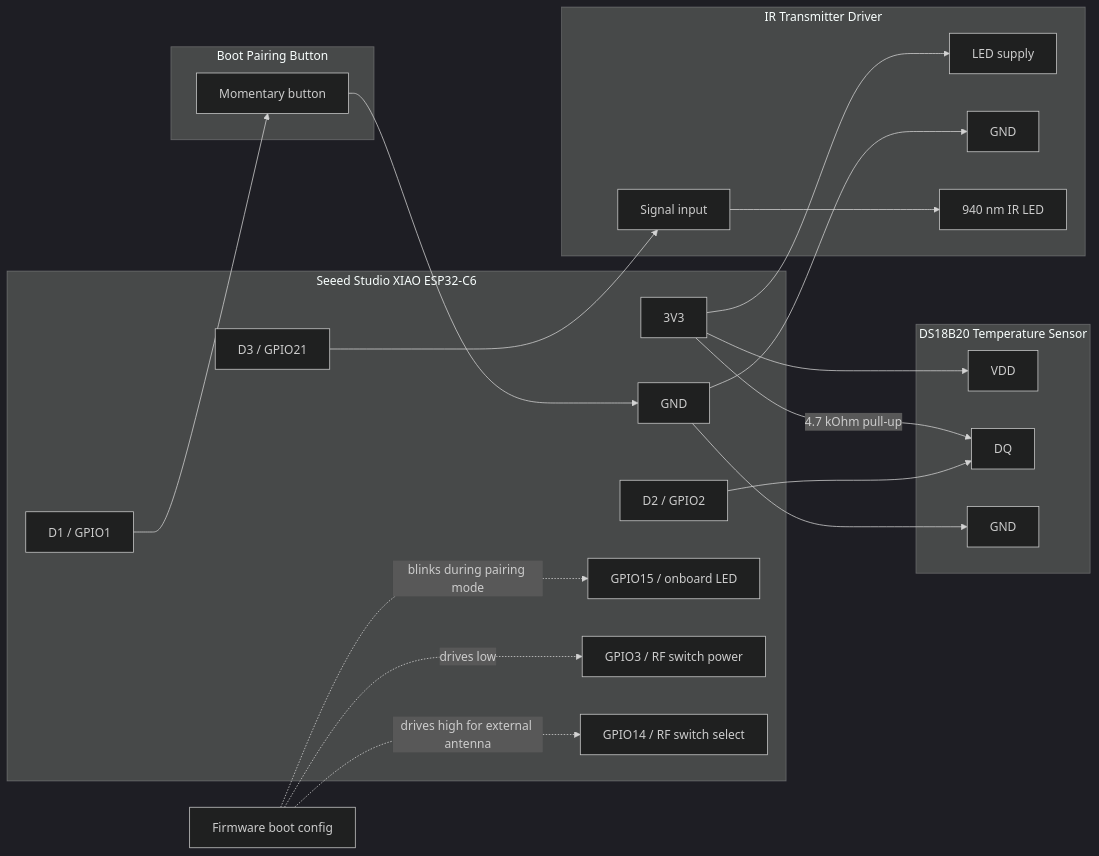
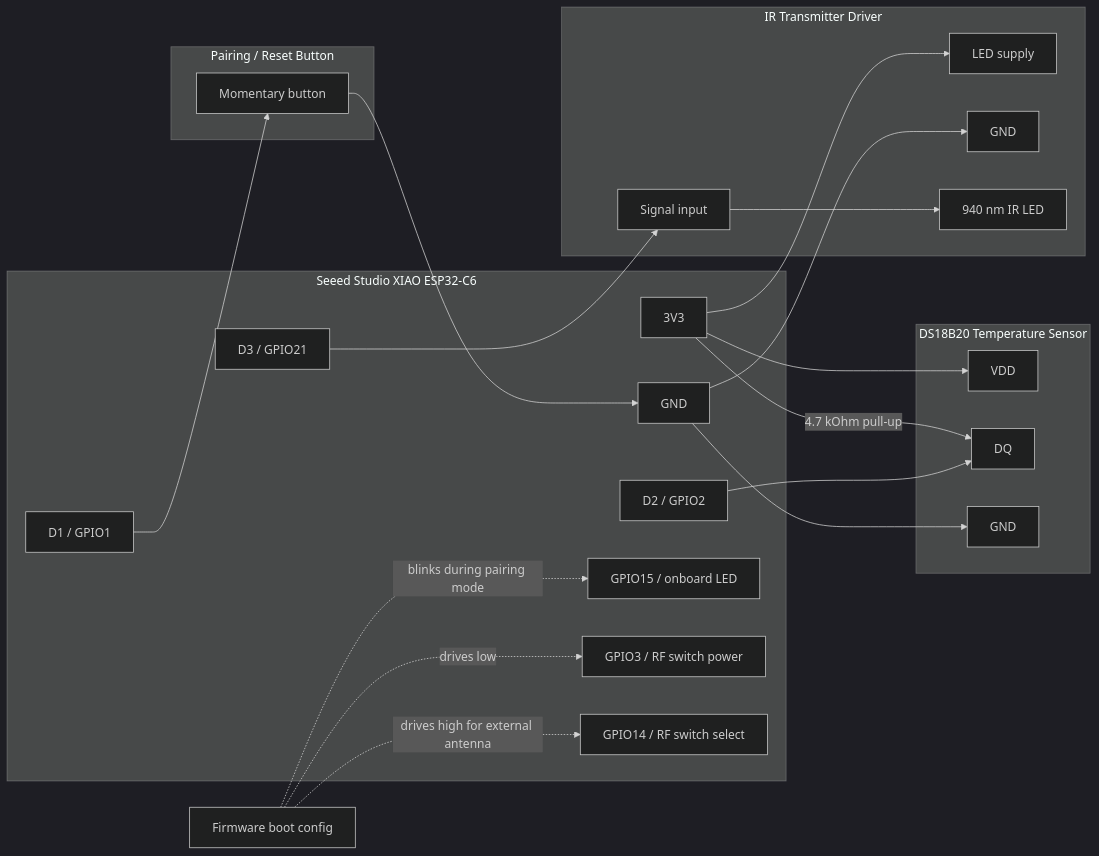
Before and after one commit to EpKouhia/strome-ir-matter: the diagram in README.md, drawn with Mermaid (dark theme). The commit also changed other lines of this file and 1 other file, not shown here.

First line of the commit message:
Document pairing reset button

````diff
--- a/README.md
+++ b/README.md
@@ -30,48 +30,48 @@
 ```mermaid
 flowchart LR
     subgraph XIAO["Seeed Studio XIAO ESP32-C6"]
         V3V3["3V3"]
         GND["GND"]
         D1["D1 / GPIO1"]
         D2["D2 / GPIO2"]
         D3["D3 / GPIO21"]
         LED["GPIO15 / onboard LED"]
         RFEN["GPIO3 / RF switch power"]
         RFSEL["GPIO14 / RF switch select"]
     end
 
     subgraph TEMP["DS18B20 Temperature Sensor"]
         T_VDD["VDD"]
         T_DQ["DQ"]
         T_GND["GND"]
     end
 
     subgraph IR["IR Transmitter Driver"]
         IR_IN["Signal input"]
         IR_PWR["LED supply"]
         IR_GND["GND"]
         IR_LED["940 nm IR LED"]
     end
 
-    subgraph PAIR["Boot Pairing Button"]
+    subgraph PAIR["Pairing / Reset Button"]
         P_BTN["Momentary button"]
     end
 
     V3V3 --> T_VDD
     GND --> T_GND
     D2 --> T_DQ
     V3V3 -->|"4.7 kOhm pull-up"| T_DQ
 
     D3 --> IR_IN
     V3V3 --> IR_PWR
     GND --> IR_GND
     IR_IN --> IR_LED
 
     D1 --> P_BTN
     P_BTN --> GND
 
     FW["Firmware boot config"]
     FW -. "drives low" .-> RFEN
     FW -. "drives high for external antenna" .-> RFSEL
     FW -. "blinks during pairing mode" .-> LED
 ```
````
